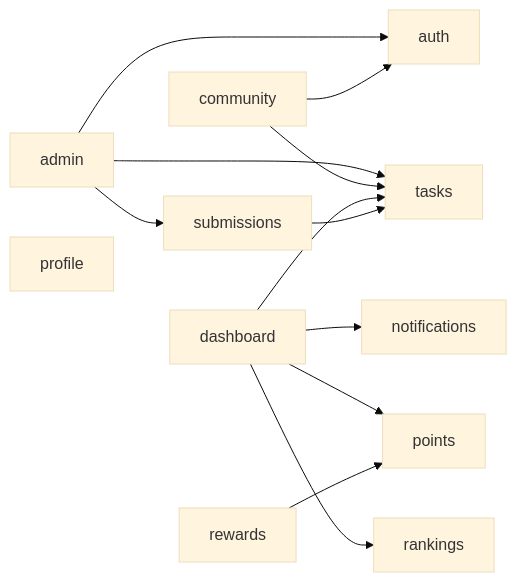
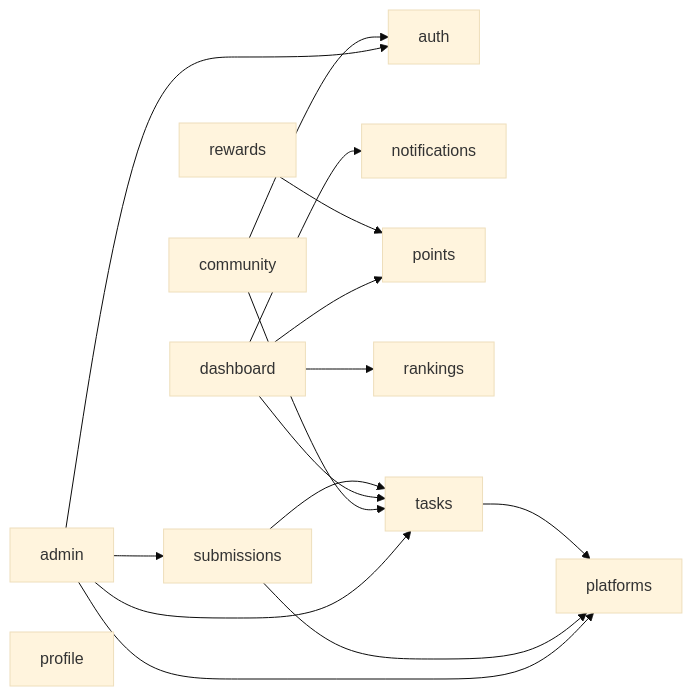
The second of 2 diagrams in docs/architecture/as-built.md (Penghuige/campus-quest), drawn with Mermaid (base theme) before and after one commit. The commit also changed other lines of this file and 5 other files, not shown here.

````diff
--- a/docs/architecture/as-built.md
+++ b/docs/architecture/as-built.md
@@ -111,25 +120,29 @@
 ```mermaid
 flowchart LR
     fe_admin[admin]
     fe_auth[auth]
     fe_community[community]
     fe_dashboard[dashboard]
     fe_notifications[notifications]
+    fe_platforms[platforms]
     fe_points[points]
     fe_profile[profile]
     fe_rankings[rankings]
     fe_rewards[rewards]
     fe_submissions[submissions]
     fe_tasks[tasks]
     fe_admin --> fe_auth
+    fe_admin --> fe_platforms
     fe_admin --> fe_submissions
     fe_admin --> fe_tasks
     fe_community --> fe_auth
     fe_community --> fe_tasks
     fe_dashboard --> fe_notifications
     fe_dashboard --> fe_points
     fe_dashboard --> fe_rankings
     fe_dashboard --> fe_tasks
     fe_rewards --> fe_points
+    fe_submissions --> fe_platforms
     fe_submissions --> fe_tasks
+    fe_tasks --> fe_platforms
 ```
````
